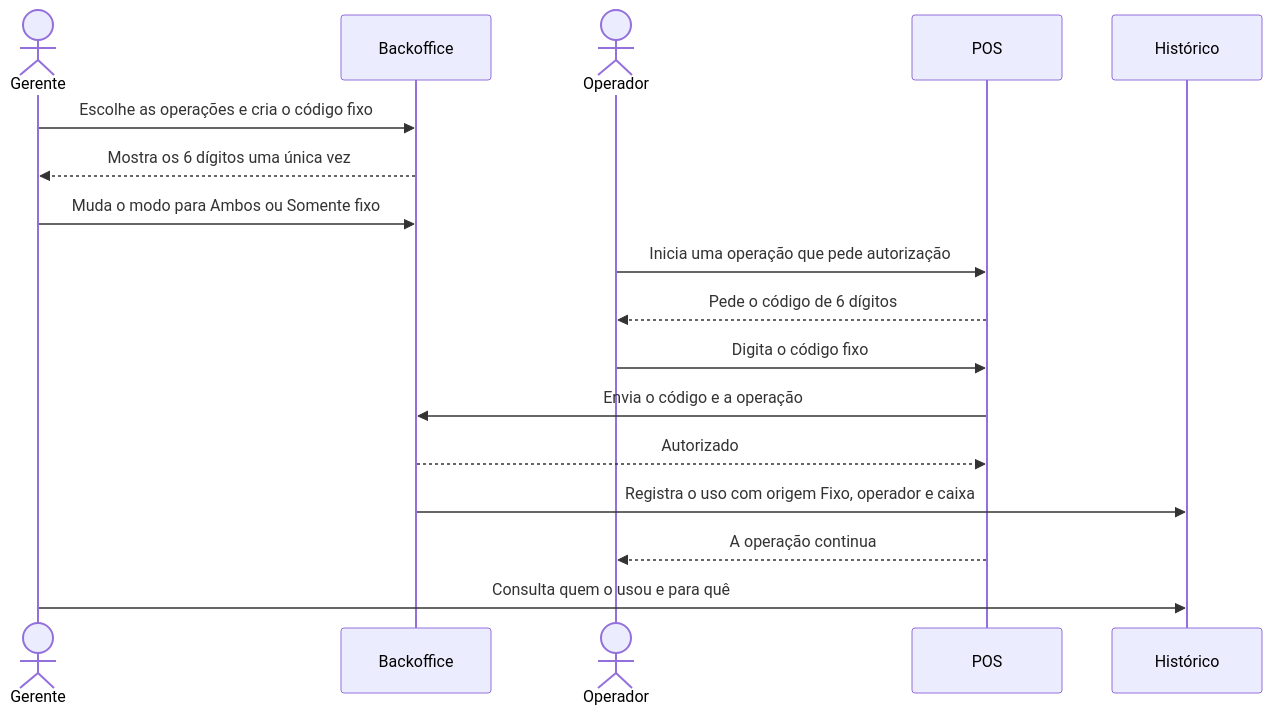
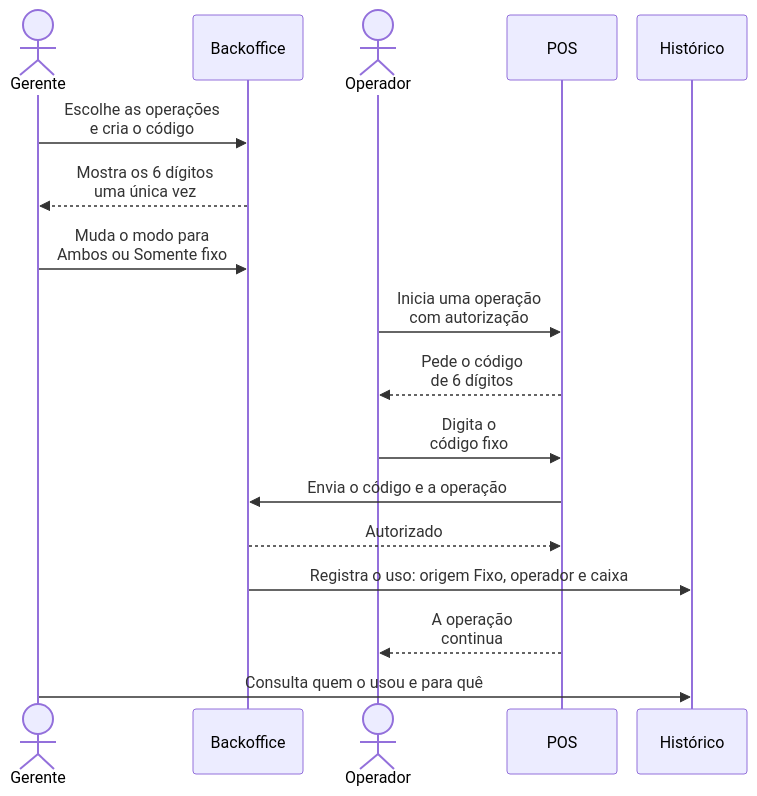
The second of 2 diagrams in pt/manuals/pos/static-authorization-code.mdx (fire-rest/documentation), drawn with Mermaid before and after one commit. The commit also changed other lines of this file and 2 other files, not shown here.

Commit message:
docs(pos): diagramas del código fijo más compactos y legibles
Vistos en mint dev, el de secuencia salía con letra de unos 7 px y el de
decisión de unos 10 px. Las decisiones pasan de rombos a hexágonos y los
textos largos se parten en dos líneas; el de secuencia usa actores más
angostos y letra más grande.

````diff
--- a/pt/manuals/pos/static-authorization-code.mdx
+++ b/pt/manuals/pos/static-authorization-code.mdx
@@ -155,19 +155,20 @@
 ```mermaid
+%%{init: {"sequence": {"width": 110, "actorMargin": 20, "messageFontSize": 18, "actorFontSize": 18, "boxMargin": 6, "messageMargin": 28}}}%%
 sequenceDiagram
     actor E as Gerente
     participant B as Backoffice
     actor C as Operador
     participant P as POS
     participant H as Histórico
-    E->>B: Escolhe as operações e cria o código fixo
-    B-->>E: Mostra os 6 dígitos uma única vez
-    E->>B: Muda o modo para Ambos ou Somente fixo
-    C->>P: Inicia uma operação que pede autorização
-    P-->>C: Pede o código de 6 dígitos
-    C->>P: Digita o código fixo
+    E->>B: Escolhe as operações<br/>e cria o código
+    B-->>E: Mostra os 6 dígitos<br/>uma única vez
+    E->>B: Muda o modo para<br/>Ambos ou Somente fixo
+    C->>P: Inicia uma operação<br/>com autorização
+    P-->>C: Pede o código<br/>de 6 dígitos
+    C->>P: Digita o<br/>código fixo
     P->>B: Envia o código e a operação
     B-->>P: Autorizado
-    B->>H: Registra o uso com origem Fixo, operador e caixa
-    P-->>C: A operação continua
+    B->>H: Registra o uso: origem Fixo, operador e caixa
+    P-->>C: A operação<br/>continua
     E->>H: Consulta quem o usou e para quê
 ```
````
